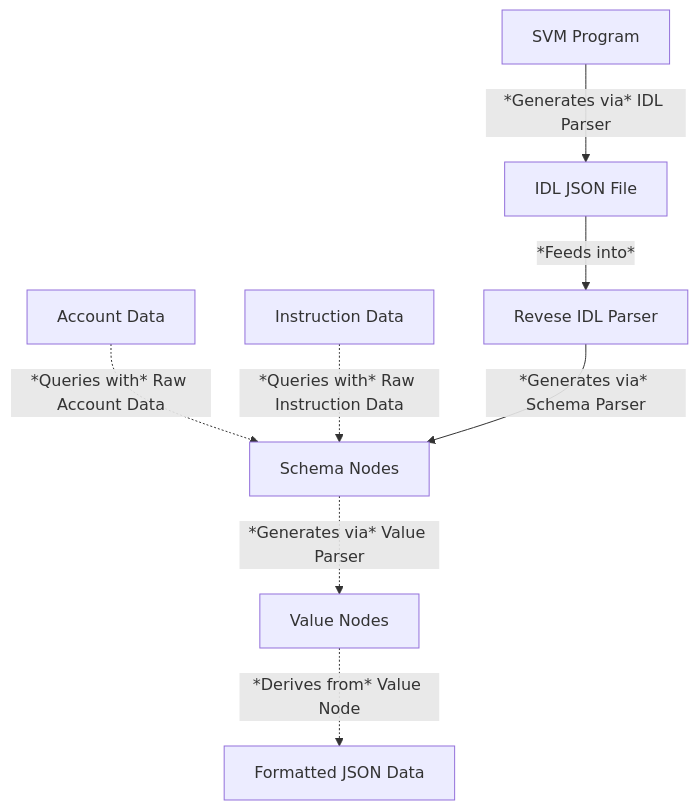
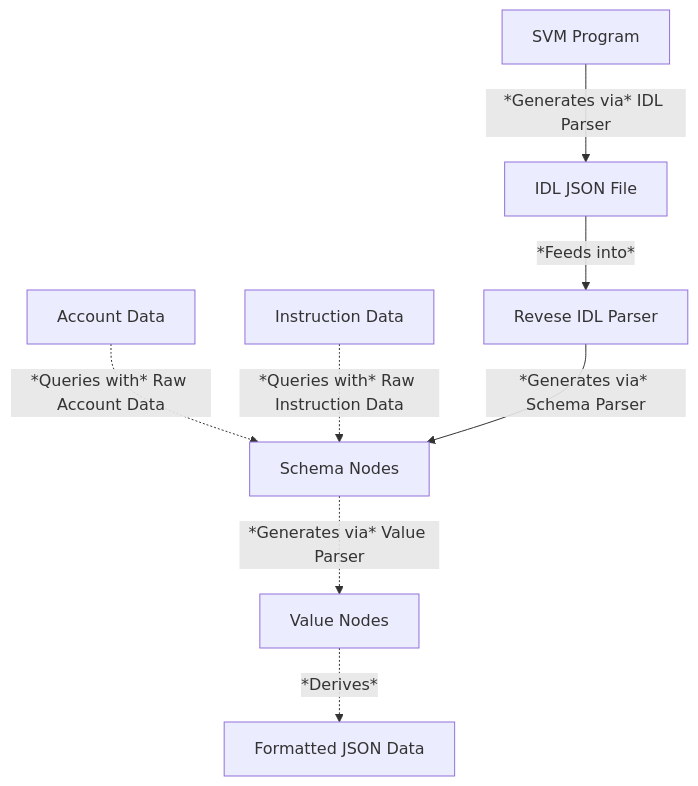
One commit to rangesecurity/reverse-idl-parser changed the diagram in README.md. Above: the diagram before and after it, drawn with Mermaid.

````diff
--- a/README.md
+++ b/README.md
@@ -8,8 +8,8 @@
 ```mermaid
 flowchart TD
     A[SVM Program] -->|*Generates via* IDL Parser| B[IDL JSON File]
     B  --> |*Feeds into*| C[Revese IDL Parser]
     E[Account Data] -.-> |*Queries with* Raw Account Data| D 
     G[Instruction Data] -.-> |*Queries with* Raw Instruction Data| D
-    C -->|*Generates via* Schema Parser| D[Schema Nodes] -.-> |*Generates via* Value Parser| F[Value Nodes] -.-> |*Derives from* Value Node| H[Formatted JSON Data]  
+    C -->|*Generates via* Schema Parser| D[Schema Nodes] -.-> |*Generates via* Value Parser| F[Value Nodes] -.-> |*Derives*| H[Formatted JSON Data]  
 ```
````
